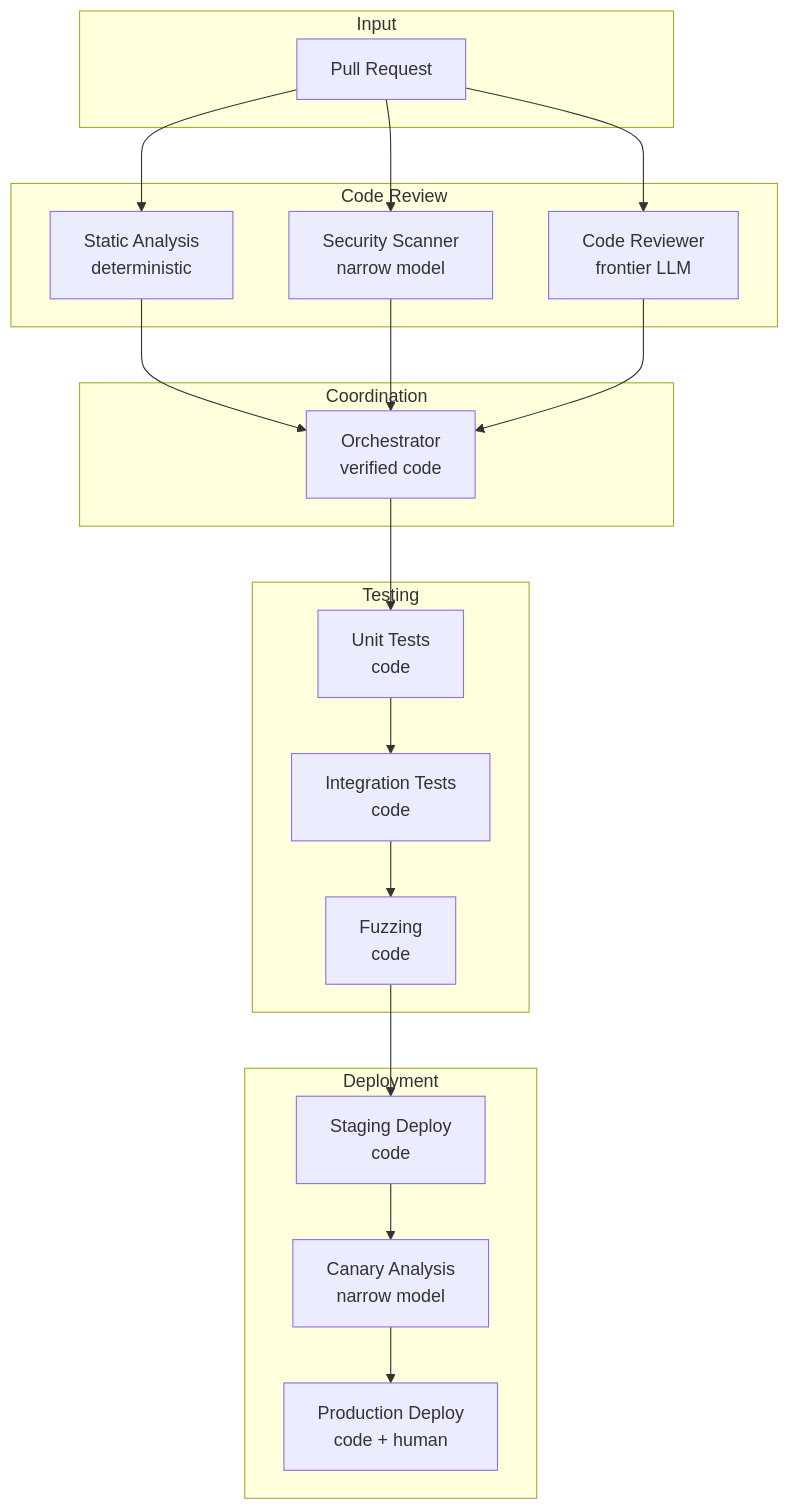
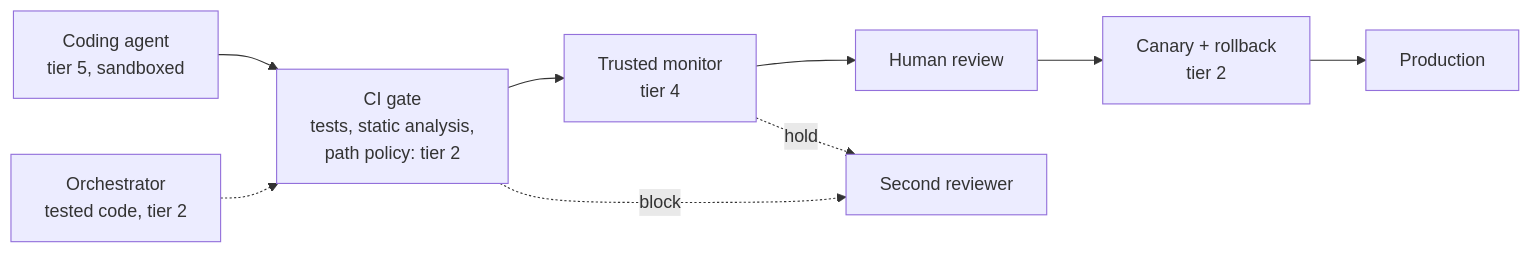
One commit to quantified-uncertainty/cairn changed the diagram in apps/delegation-risk/src/content/docs/design-patterns/examples/code-deployment-example.md. Above: the diagram before and after it, drawn with Mermaid. The commit also changed other lines of this file and 253 other files, not shown here.

````diff
--- a/apps/delegation-risk/src/content/docs/design-patterns/examples/code-deployment-example.md
+++ b/apps/delegation-risk/src/content/docs/design-patterns/examples/code-deployment-example.md
@@ -31,36 +19,11 @@
 ```mermaid
-flowchart TB
-    subgraph Input
-        PR[Pull Request]
-    end
-    subgraph Review["Code Review"]
-        Static[Static Analysis<br/>deterministic]
-        Sec[Security Scanner<br/>narrow model]
-        Rev[Code Reviewer<br/>frontier LLM]
-    end
-    subgraph Test["Testing"]
-        Unit[Unit Tests<br/>code]
-        Int[Integration Tests<br/>code]
-        Fuzz[Fuzzing<br/>code]
-    end
-    subgraph Deploy["Deployment"]
-        Stage[Staging Deploy<br/>code]
-        Canary[Canary Analysis<br/>narrow model]
-        Prod[Production Deploy<br/>code + human]
-    end
-    subgraph Coord["Coordination"]
-        Orch[Orchestrator<br/>verified code]
-    end
-    PR --> Static
-    PR --> Sec
-    PR --> Rev
-    Static --> Orch
-    Sec --> Orch
-    Rev --> Orch
-    Orch --> Unit
-    Unit --> Int
-    Int --> Fuzz
-    Fuzz --> Stage
-    Stage --> Canary
-    Canary --> Prod
+flowchart LR
+    A[Coding agent<br/>tier 5, sandboxed] --> CI[CI gate<br/>tests, static analysis,<br/>path policy: tier 2]
+    CI --> M[Trusted monitor<br/>tier 4]
+    M --> HR[Human review]
+    HR --> C[Canary + rollback<br/>tier 2]
+    C --> P[Production]
+    M -. hold .-> HR2[Second reviewer]
+    CI -. block .-> HR2
+    O[Orchestrator<br/>tested code, tier 2] -.-> CI
 ```
````
